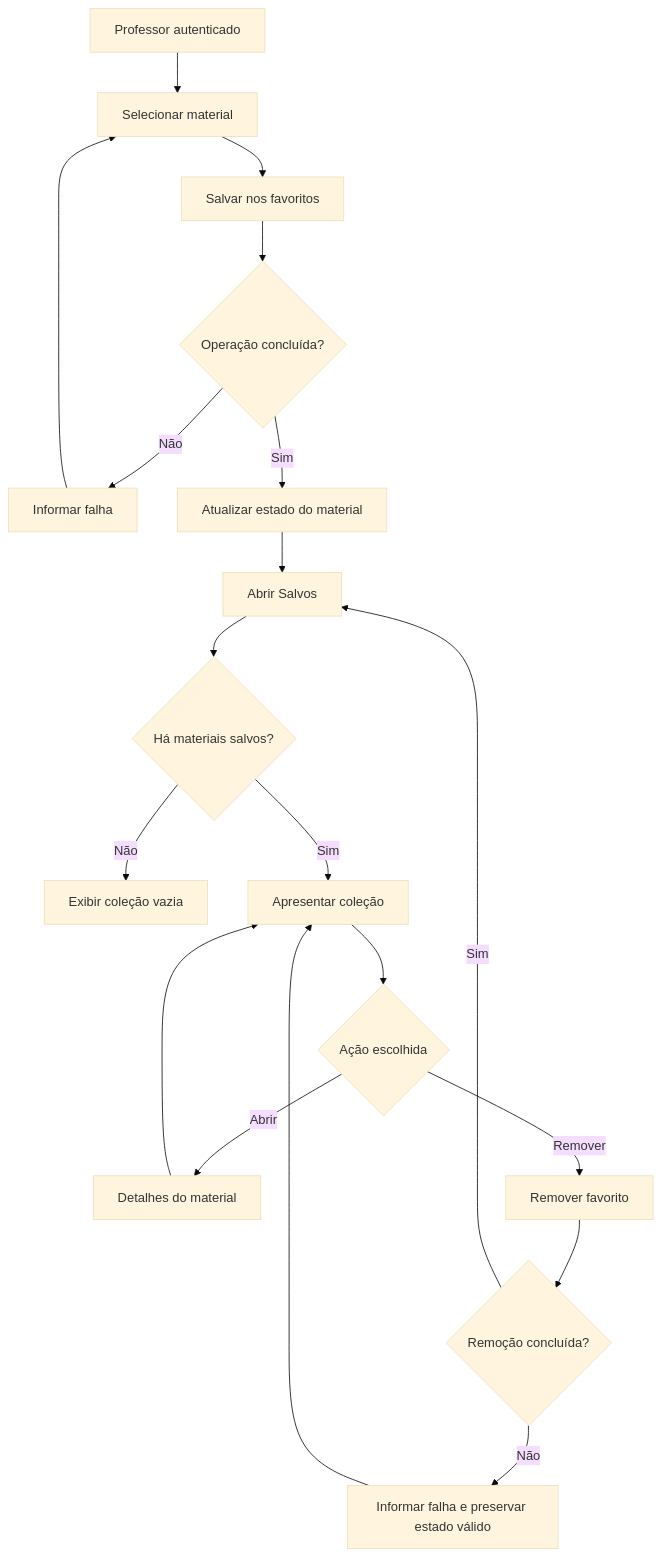
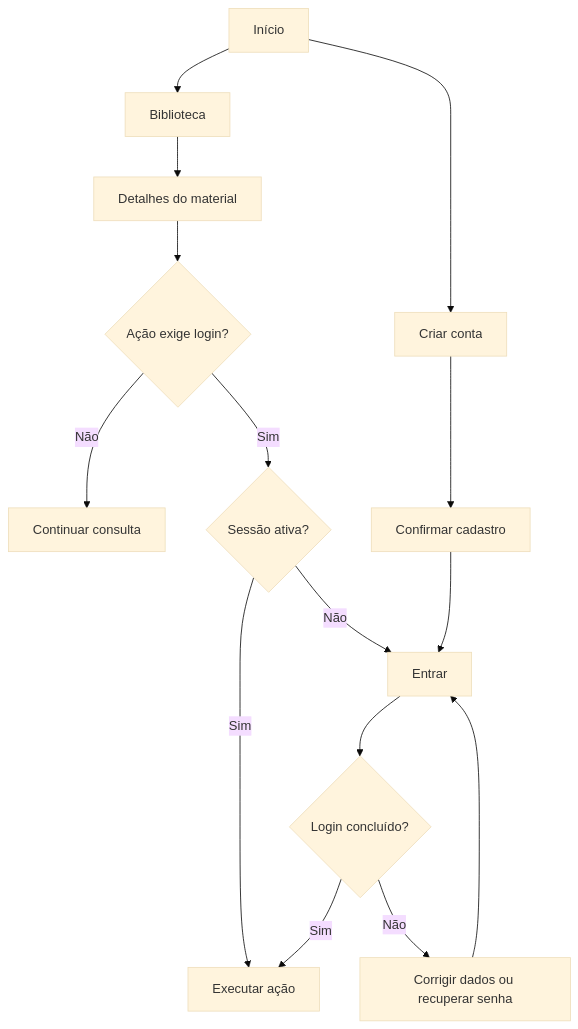
Before and after one commit to pedroalbuqu3rque/educomp: the first of 2 diagrams in docs/ux-ui/user-flow.md, drawn with Mermaid (base theme). The commit also changed other lines of this file, not shown here.

````diff
--- a/docs/ux-ui/user-flow.md
+++ b/docs/ux-ui/user-flow.md
@@ -355,26 +17,17 @@
 ```mermaid
 flowchart TD
-    A[Professor autenticado] --> B[Selecionar material]
-    B --> C[Salvar nos favoritos]
-    C --> D{Operação concluída?}
-
-    D -->|Não| E[Informar falha]
-    E --> B
-
-    D -->|Sim| F[Atualizar estado do material]
-    F --> G[Abrir Salvos]
-    G --> H{Há materiais salvos?}
-
-    H -->|Não| I[Exibir coleção vazia]
-    H -->|Sim| J[Apresentar coleção]
-
-    J --> K{Ação escolhida}
-    K -->|Abrir| L[Detalhes do material]
-    L --> J
-
-    K -->|Remover| M[Remover favorito]
-    M --> N{Remoção concluída?}
-    N -->|Sim| G
-    N -->|Não| O[Informar falha e preservar estado válido]
-    O --> J
+    A[Início] --> B[Biblioteca]
+    B --> C[Detalhes do material]
+    C --> D{Ação exige login?}
+    D -->|Não| E[Continuar consulta]
+    D -->|Sim| F{Sessão ativa?}
+    F -->|Sim| G[Executar ação]
+    F -->|Não| H[Entrar]
+    H --> I{Login concluído?}
+    I -->|Sim| G
+    I -->|Não| J[Corrigir dados ou recuperar senha]
+    J --> H
+    A --> K[Criar conta]
+    K --> L[Confirmar cadastro]
+    L --> H
 ```
````
